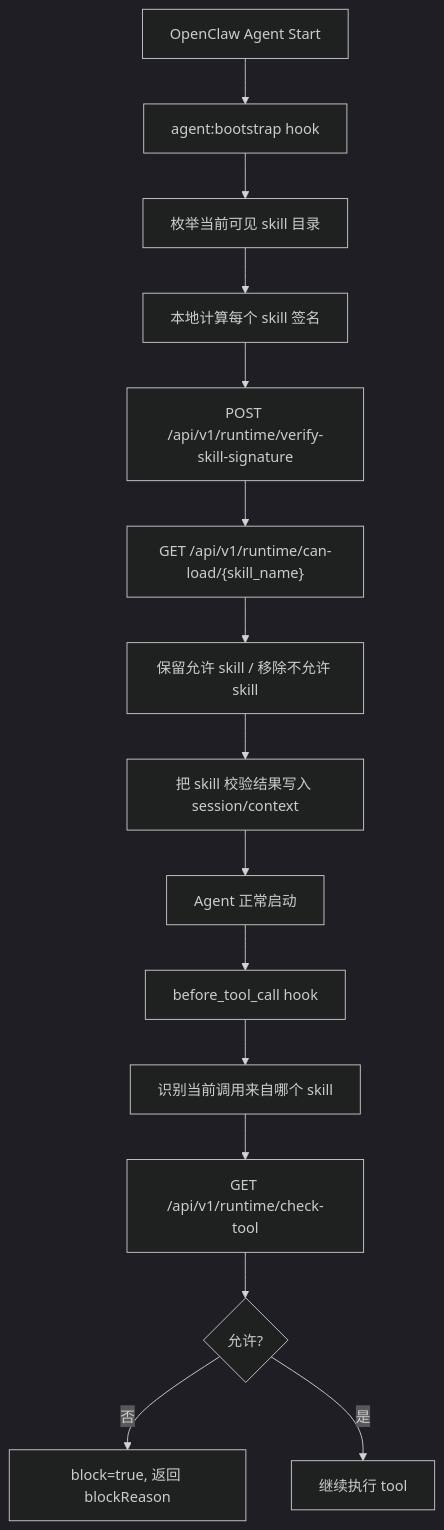
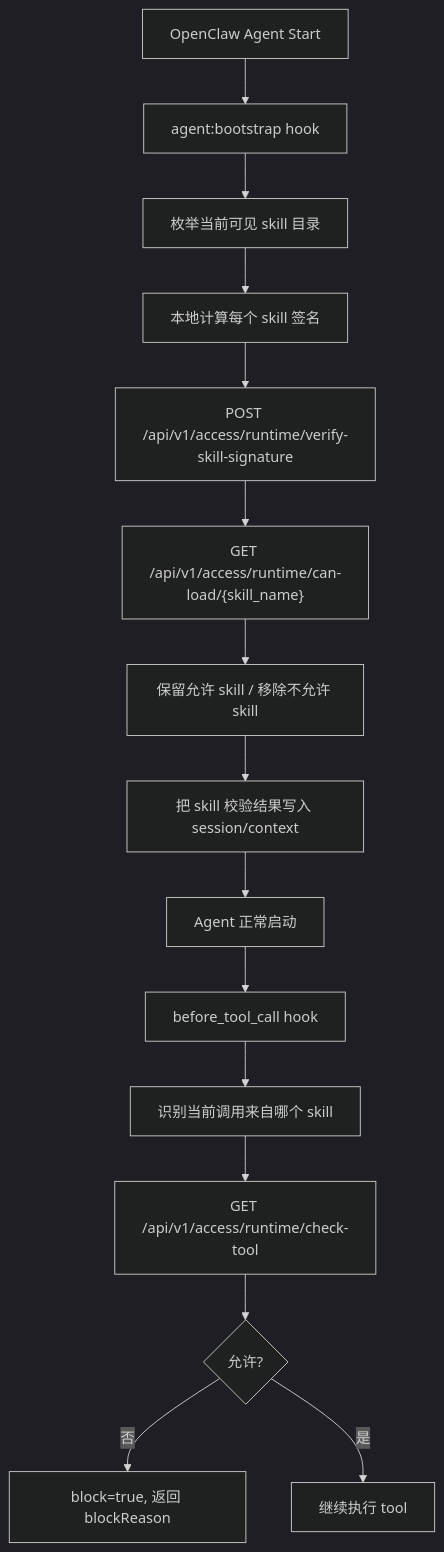
The diagram in docs/openclaw-agent-manager-hooks.md (HuangLuGuang/skill-manager), drawn with Mermaid (dark theme) before and after one commit. The commit also changed other lines of this file and 44 other files, not shown here.

````diff
--- a/docs/openclaw-agent-manager-hooks.md
+++ b/docs/openclaw-agent-manager-hooks.md
@@ -53,18 +53,18 @@
 ```mermaid
 flowchart TD
     A["OpenClaw Agent Start"] --> B["agent:bootstrap hook"]
     B --> C["枚举当前可见 skill 目录"]
     C --> D["本地计算每个 skill 签名"]
-    D --> E["POST /api/v1/runtime/verify-skill-signature"]
-    E --> F["GET /api/v1/runtime/can-load/{skill_name}"]
+    D --> E["POST /api/v1/access/runtime/verify-skill-signature"]
+    E --> F["GET /api/v1/access/runtime/can-load/{skill_name}"]
     F --> G["保留允许 skill / 移除不允许 skill"]
     G --> H["把 skill 校验结果写入 session/context"]
     H --> I["Agent 正常启动"]
 
     I --> J["before_tool_call hook"]
     J --> K["识别当前调用来自哪个 skill"]
-    K --> L["GET /api/v1/runtime/check-tool"]
+    K --> L["GET /api/v1/access/runtime/check-tool"]
     L --> M{"允许?"}
     M -- "否" --> N["block=true, 返回 blockReason"]
     M -- "是" --> O["继续执行 tool"]
 ```
````
